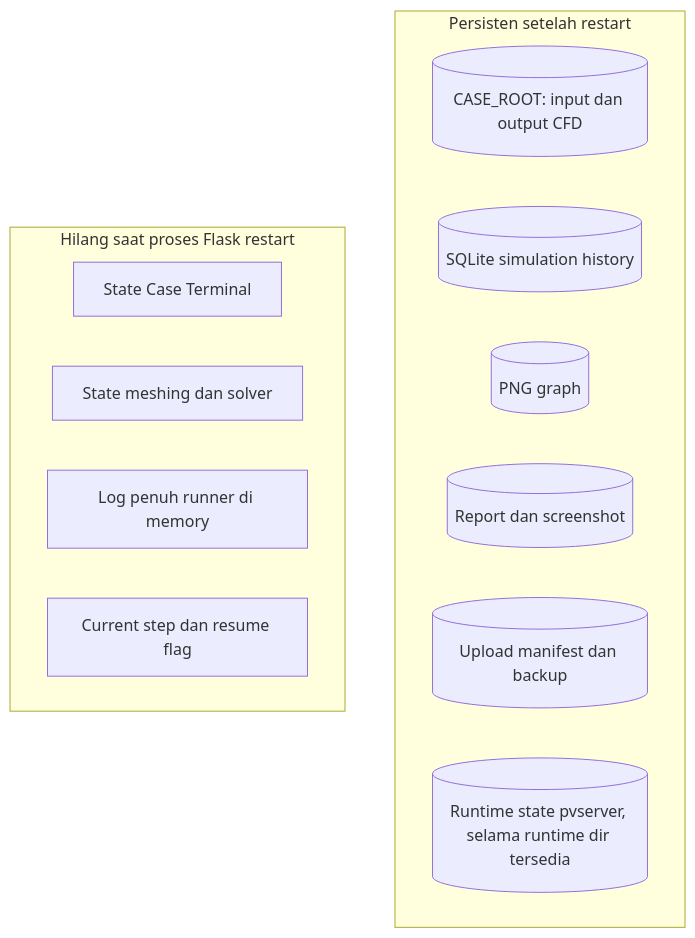
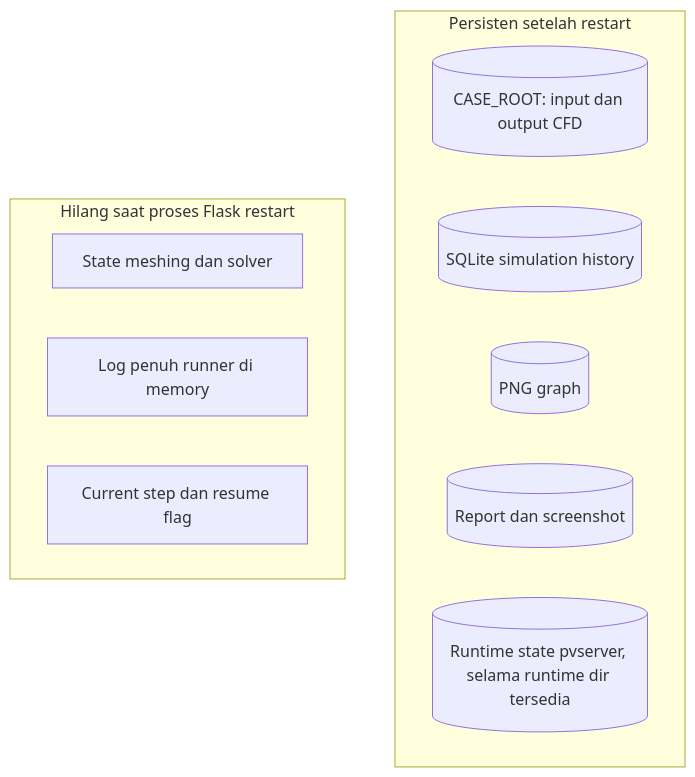
Diagram 18 of 18 in DOKUMENTASI_SISTEM.md (noosabaktee/interface_onproduct), drawn with Mermaid before and after one commit. The commit also changed other lines of this file and 25 other files, not shown here.

Commit message:
delete case file manager & terminal for skripsi

````diff
--- a/DOKUMENTASI_SISTEM.md
+++ b/DOKUMENTASI_SISTEM.md
@@ -2723,17 +2296,15 @@
 ```mermaid
 flowchart TB
     subgraph Persistent[Persisten setelah restart]
         CASE[(CASE_ROOT: input dan output CFD)]
         SQL[(SQLite simulation history)]
         GRAPH[(PNG graph)]
         REPORT[(Report dan screenshot)]
-        MANIFEST[(Upload manifest dan backup)]
         PVRUN[(Runtime state pvserver, selama runtime dir tersedia)]
     end
     subgraph Memory[Hilang saat proses Flask restart]
-        TERM[State Case Terminal]
         TASK[State meshing dan solver]
         LOG[Log penuh runner di memory]
         RESUME[Current step dan resume flag]
     end
 ```
````
